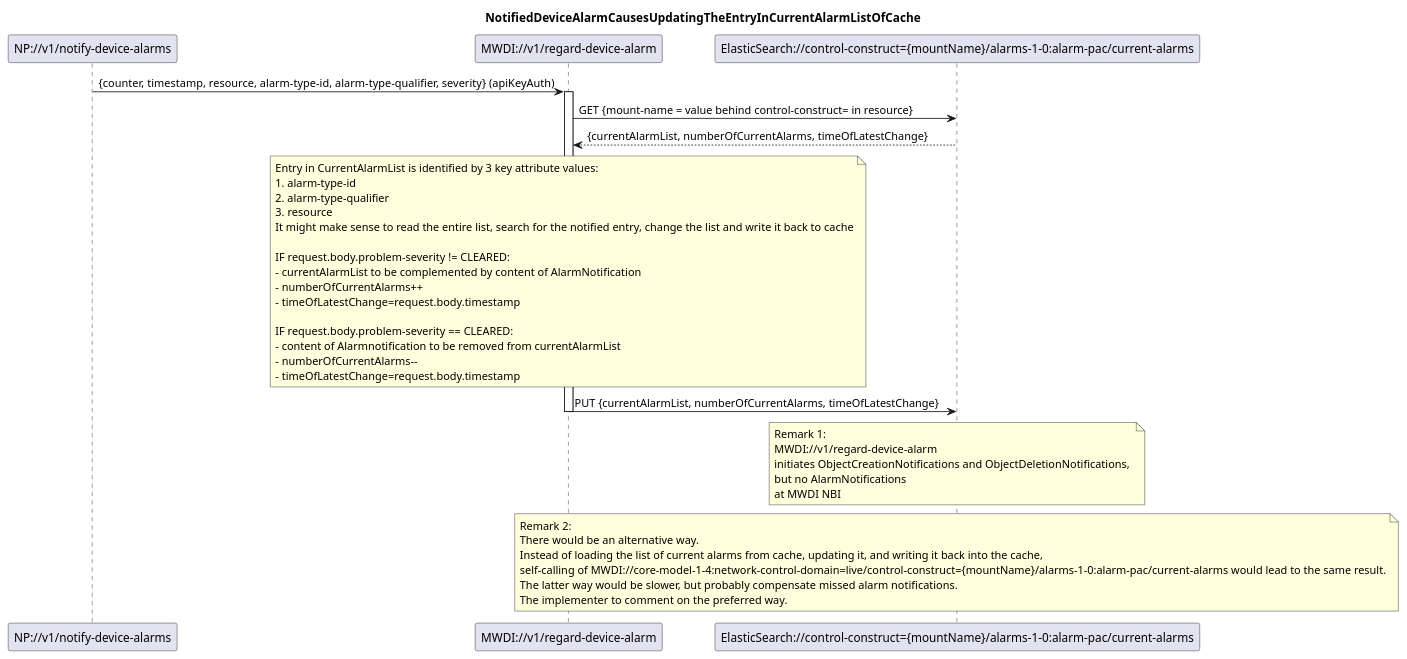
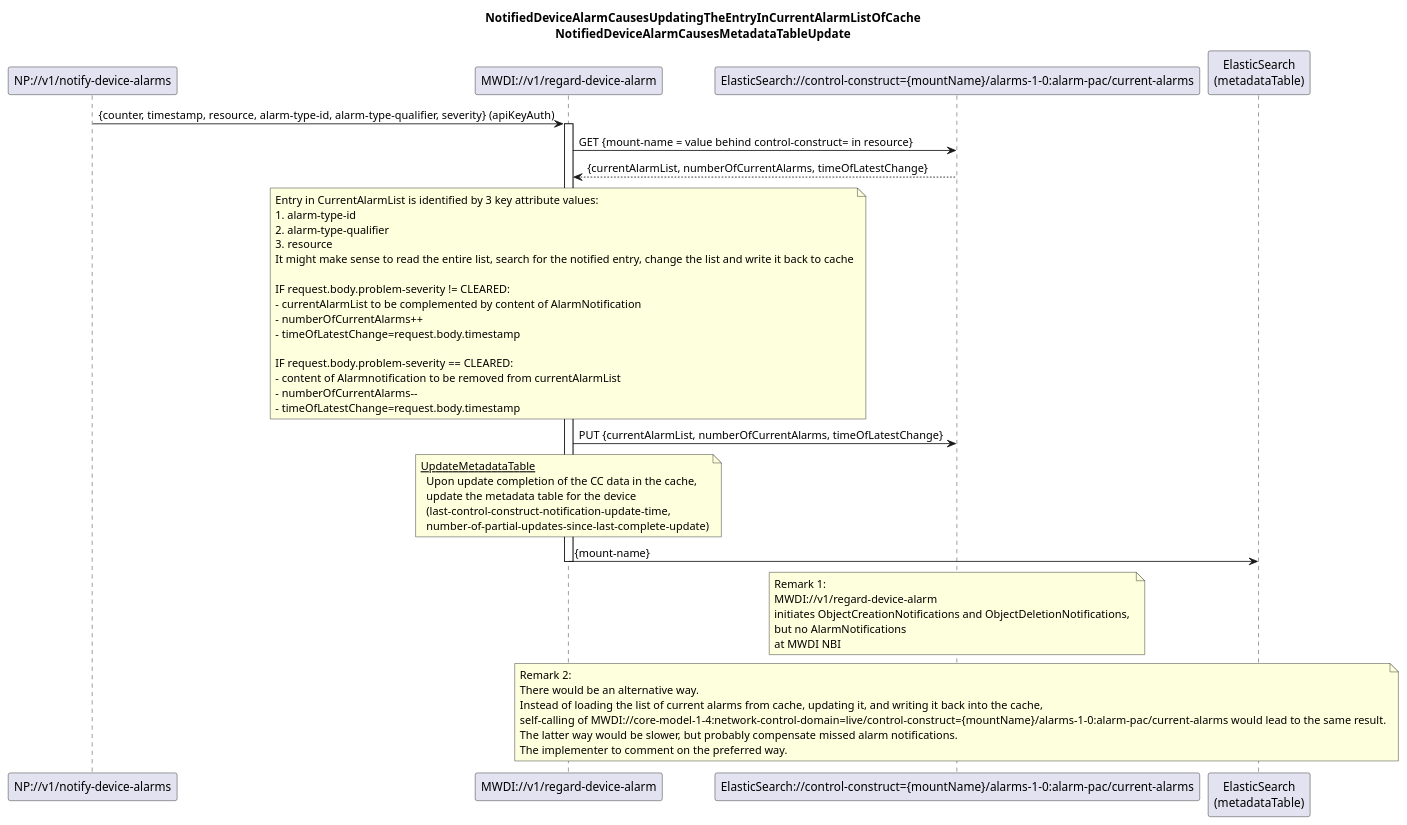
Before and after one commit to openBackhaul/MicroWaveDeviceInventory: the diagram in spec/diagrams/022_NotificationBasedAlarmListUpdate.plantuml, drawn with PlantUML. The commit also changed 25 other files, not shown here.

```diff
--- a/spec/diagrams/022_NotificationBasedAlarmListUpdate.plantuml
+++ b/spec/diagrams/022_NotificationBasedAlarmListUpdate.plantuml
@@ -1,55 +1,69 @@
 @startuml 022_NotificationBasedAlarmListUpdate
 
 skinparam responseMessageBelowArrow true
 
-title NotifiedDeviceAlarmCausesUpdatingTheEntryInCurrentAlarmListOfCache
+title 
+  NotifiedDeviceAlarmCausesUpdatingTheEntryInCurrentAlarmListOfCache
+  NotifiedDeviceAlarmCausesMetadataTableUpdate
+end title
 
 participant "NP://v1/notify-device-alarms" as subscription
 participant "MWDI://v1/regard-device-alarm" as regardAlarm
 participant "ElasticSearch://control-construct={mountName}/alarms-1-0:alarm-pac/current-alarms" as CurrentAlarms
+participant "ElasticSearch\n(metadataTable)" as es
 
 subscription -> regardAlarm: {counter, timestamp, resource, alarm-type-id, alarm-type-qualifier, severity} (apiKeyAuth)
 activate regardAlarm
 
 regardAlarm -> CurrentAlarms: GET {mount-name = value behind control-construct= in resource}
 CurrentAlarms --> regardAlarm: {currentAlarmList, numberOfCurrentAlarms, timeOfLatestChange}
 
 note over regardAlarm
 Entry in CurrentAlarmList is identified by 3 key attribute values:
 1. alarm-type-id
 2. alarm-type-qualifier
 3. resource
 It might make sense to read the entire list, search for the notified entry, change the list and write it back to cache
 
 IF request.body.problem-severity != CLEARED:
 - currentAlarmList to be complemented by content of AlarmNotification
 - numberOfCurrentAlarms++
 - timeOfLatestChange=request.body.timestamp
 
 IF request.body.problem-severity == CLEARED:
 - content of Alarmnotification to be removed from currentAlarmList
 - numberOfCurrentAlarms--
 - timeOfLatestChange=request.body.timestamp
 end note
 
 regardAlarm -> CurrentAlarms: PUT {currentAlarmList, numberOfCurrentAlarms, timeOfLatestChange}
+
+note over regardAlarm
+  <u>UpdateMetadataTable</u>
+    Upon update completion of the CC data in the cache,
+    update the metadata table for the device
+    (last-control-construct-notification-update-time,
+    number-of-partial-updates-since-last-complete-update)
+end note
+regardAlarm -> es: {mount-name}
+
 deactivate regardAlarm
 
 note over CurrentAlarms
 Remark 1: 
 MWDI://v1/regard-device-alarm 
 initiates ObjectCreationNotifications and ObjectDeletionNotifications, 
 but no AlarmNotifications 
 at MWDI NBI
 end note
 
 note over CurrentAlarms
 Remark 2: 
 There would be an alternative way.
 Instead of loading the list of current alarms from cache, updating it, and writing it back into the cache,
 self-calling of MWDI://core-model-1-4:network-control-domain=live/control-construct={mountName}/alarms-1-0:alarm-pac/current-alarms would lead to the same result.
 The latter way would be slower, but probably compensate missed alarm notifications.
 The implementer to comment on the preferred way.
 end note
 
 @enduml
```
